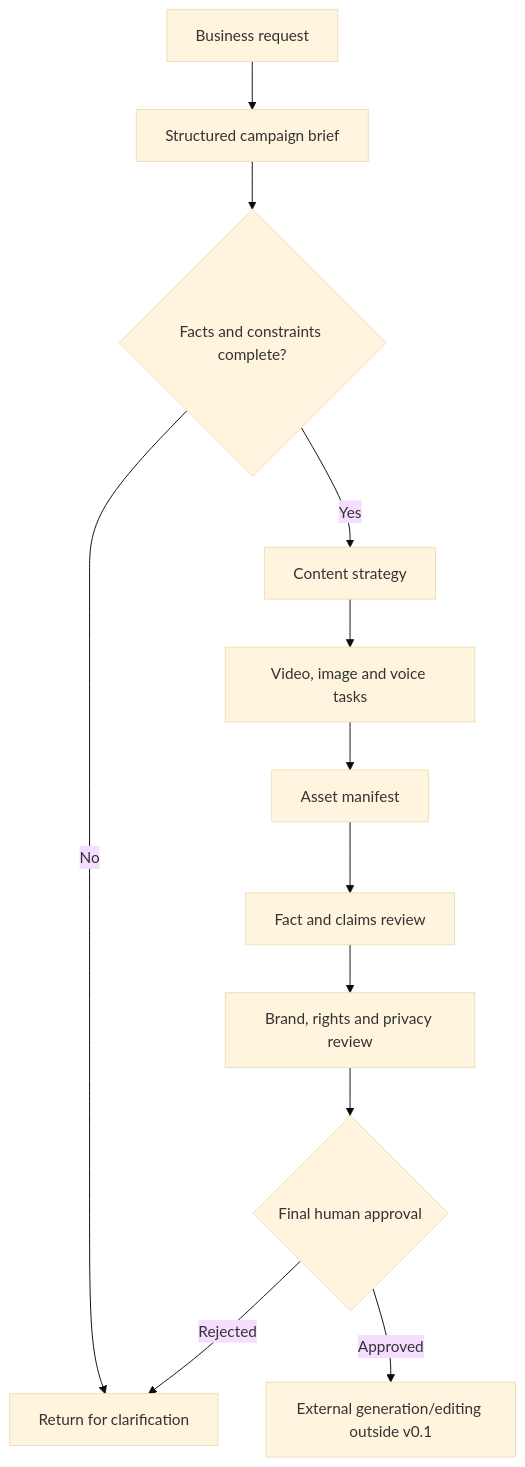
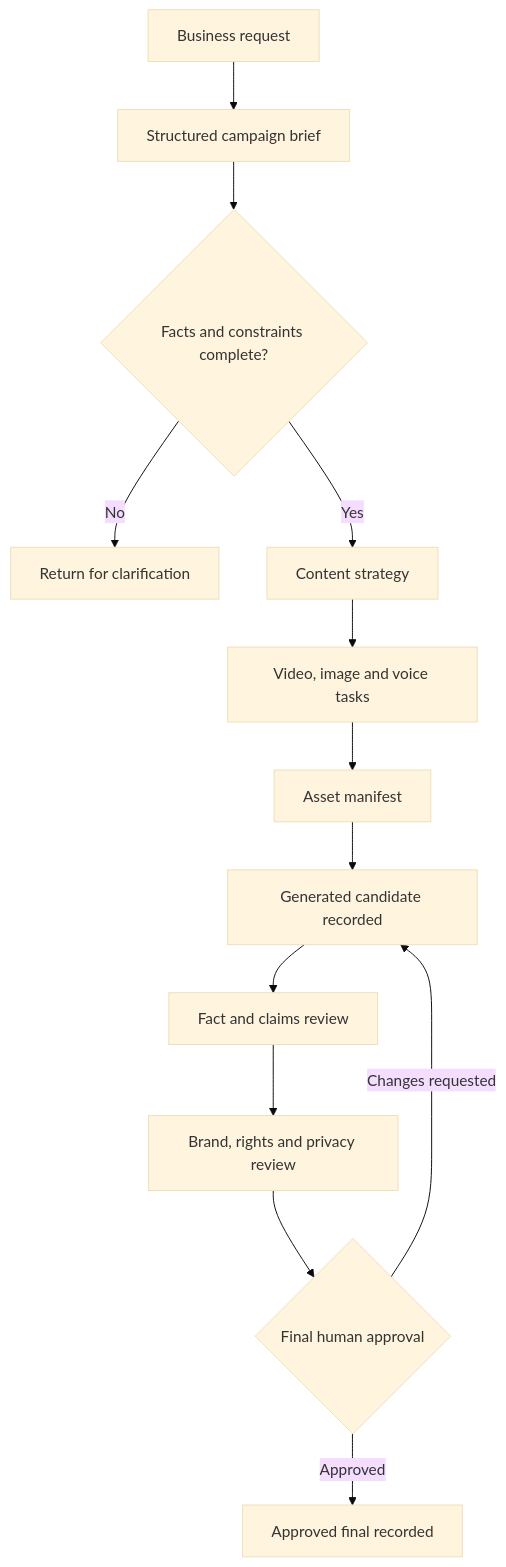
Before and after one commit to magicyao2028-pixel/aigc-content-production-studio: the diagram in docs/BUSINESS_FLOW.md, drawn with Mermaid (base theme). The commit also changed other lines of this file and 17 other files, not shown here.

````diff
--- a/docs/BUSINESS_FLOW.md
+++ b/docs/BUSINESS_FLOW.md
@@ -5,14 +5,15 @@
 ```mermaid
 flowchart TB
     R[Business request] --> B[Structured campaign brief]
     B --> V{Facts and constraints complete?}
     V -->|No| C[Return for clarification]
     V -->|Yes| S[Content strategy]
     S --> T[Video, image and voice tasks]
     T --> M[Asset manifest]
-    M --> F[Fact and claims review]
+    M --> CAND[Generated candidate recorded]
+    CAND --> F[Fact and claims review]
     F --> P[Brand, rights and privacy review]
     P --> A{Final human approval}
-    A -->|Approved| X[External generation/editing outside v0.1]
-    A -->|Rejected| C
+    A -->|Approved| X[Approved final recorded]
+    A -->|Changes requested| CAND
 ```
````
